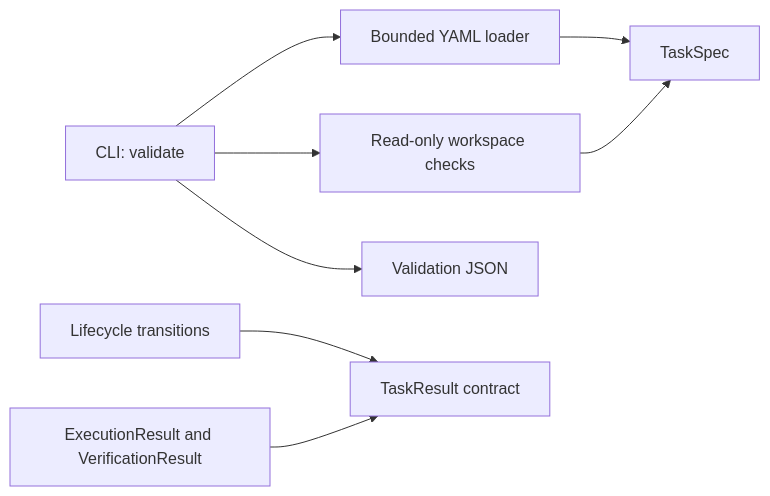
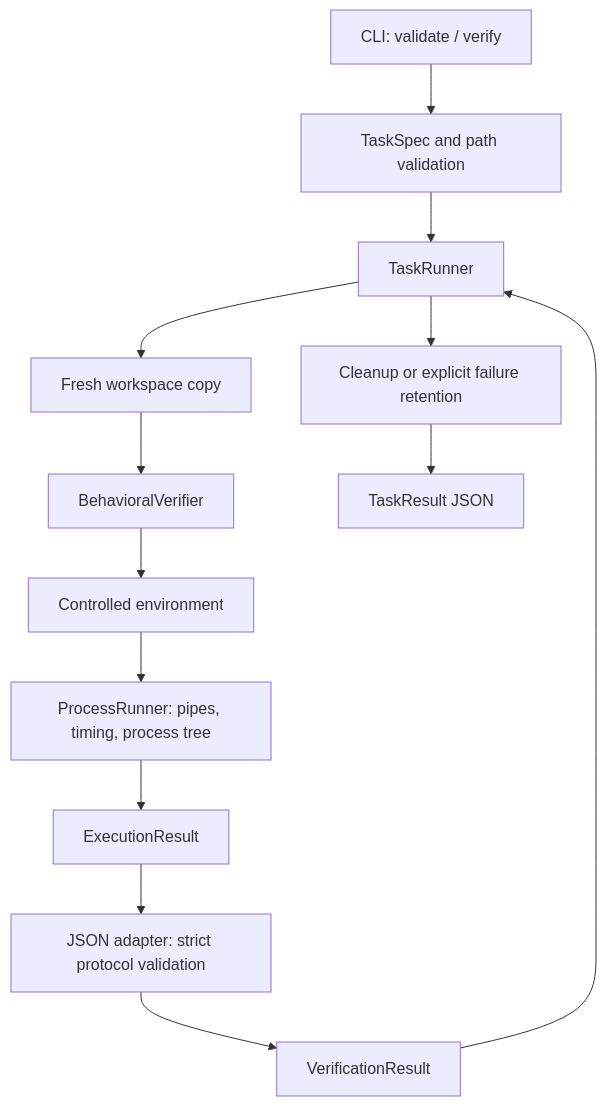
Before and after one commit to akashk0702/long-horizon-swe-lab: the diagram in README.md, drawn with Mermaid. The commit also changed other lines of this file and 29 other files, not shown here.

First line of the commit message:
feat: add controlled execution and behavioral verification (#2)

````diff
--- a/README.md
+++ b/README.md
@@ -25,10 +28,15 @@
 ```mermaid
-flowchart LR
-    CLI[CLI: validate] --> Loader[Bounded YAML loader]
-    Loader --> Task[TaskSpec]
-    CLI --> Paths[Read-only workspace checks]
-    Paths --> Task
-    CLI --> JSON[Validation JSON]
-    State[Lifecycle transitions] --> Reports[TaskResult contract]
-    Outcomes[ExecutionResult and VerificationResult] --> Reports
+flowchart TD
+    CLI[CLI: validate / verify] --> Config[TaskSpec and path validation]
+    Config --> Coordinator[TaskRunner]
+    Coordinator --> Copy[Fresh workspace copy]
+    Copy --> Verifier[BehavioralVerifier]
+    Verifier --> Env[Controlled environment]
+    Env --> Process[ProcessRunner: pipes, timing, process tree]
+    Process --> Execution[ExecutionResult]
+    Execution --> Adapter[JSON adapter: strict protocol validation]
+    Adapter --> Result[VerificationResult]
+    Result --> Coordinator
+    Coordinator --> Cleanup[Cleanup or explicit failure retention]
+    Cleanup --> Report[TaskResult JSON]
 ```
````
